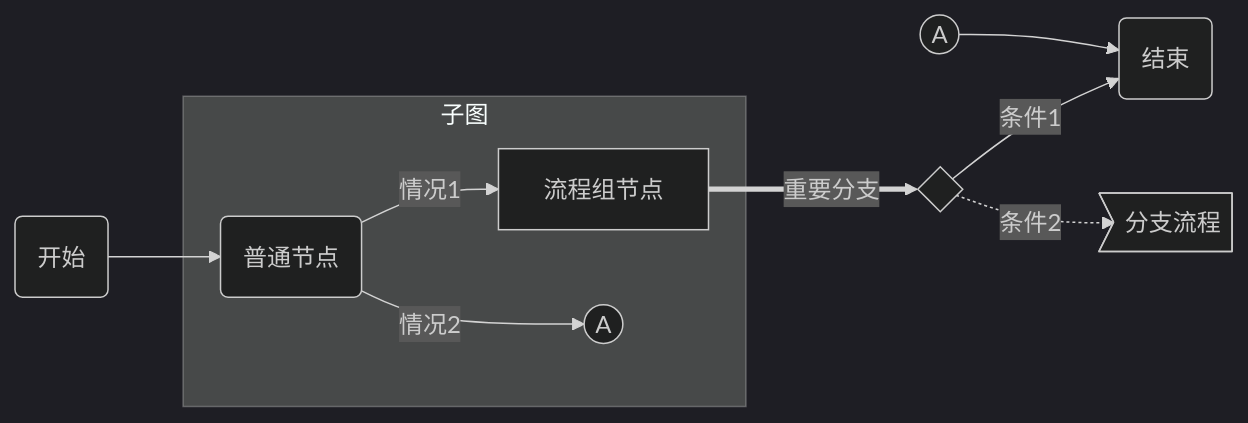
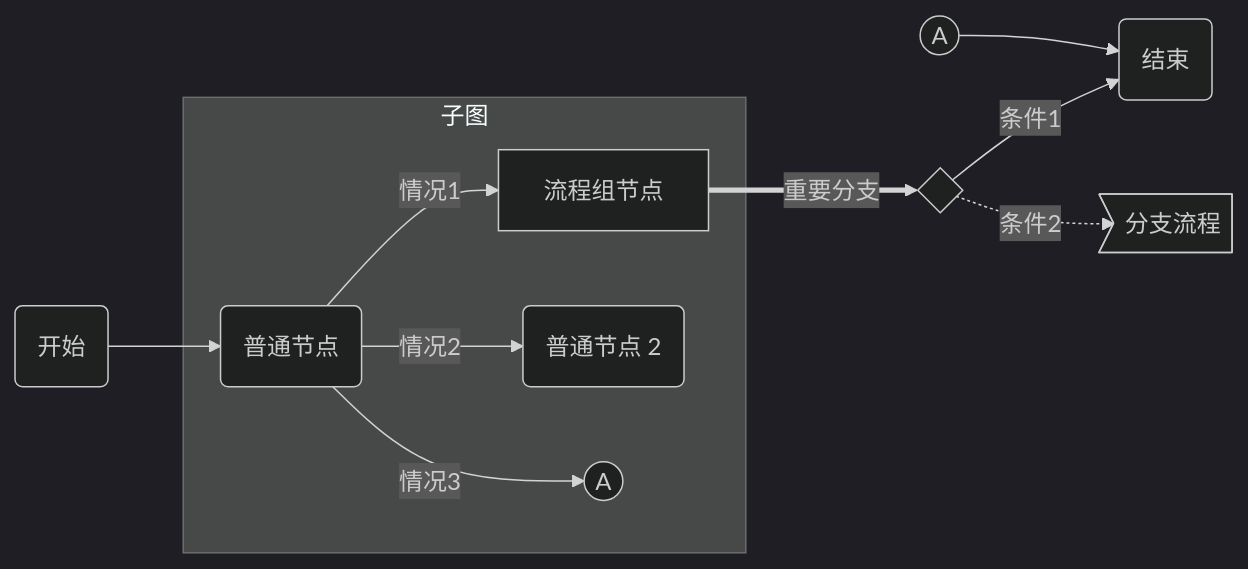
The first of 4 diagrams in released/demo/VLOOK 快速参考手册.md (MadMaxChow/VLOOK), drawn with Mermaid (dark theme) before and after one commit. The commit also changed other lines of this file and 53 other files, not shown here.

````diff
--- a/released/demo/VLOOK 快速参考手册.md
+++ b/released/demo/VLOOK 快速参考手册.md
@@ -1179,16 +1273,19 @@
 ```mermaid
 graph LR
 START(开始) --> node1(普通节点)
 subgraph 子图
 	node1 --> |情况1|groud1[流程组节点]
-  node1 --> |情况2|A1((A))
+	node1 --> |情况2|clickable(普通节点 2)
+	%% node1 --> |情况2|clickable(可点击查看状态图)
+  %% click clickable "#Mermaid 的状态图"
+  node1 --> |情况3|A1((A))
 end
 
 %% this is a comment
 
 groud1 ==> |重要分支|cond1{ }
 cond1 --> |条件1|END
 cond1 -.-> |条件2|page2>分支流程]
 A2((A)) --> END
 END(结束)
 ```
````
